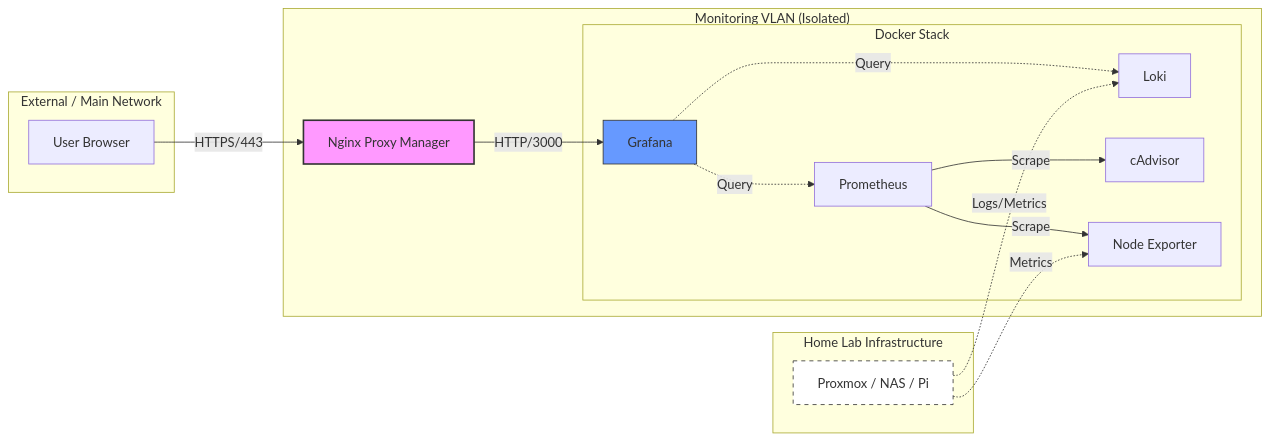
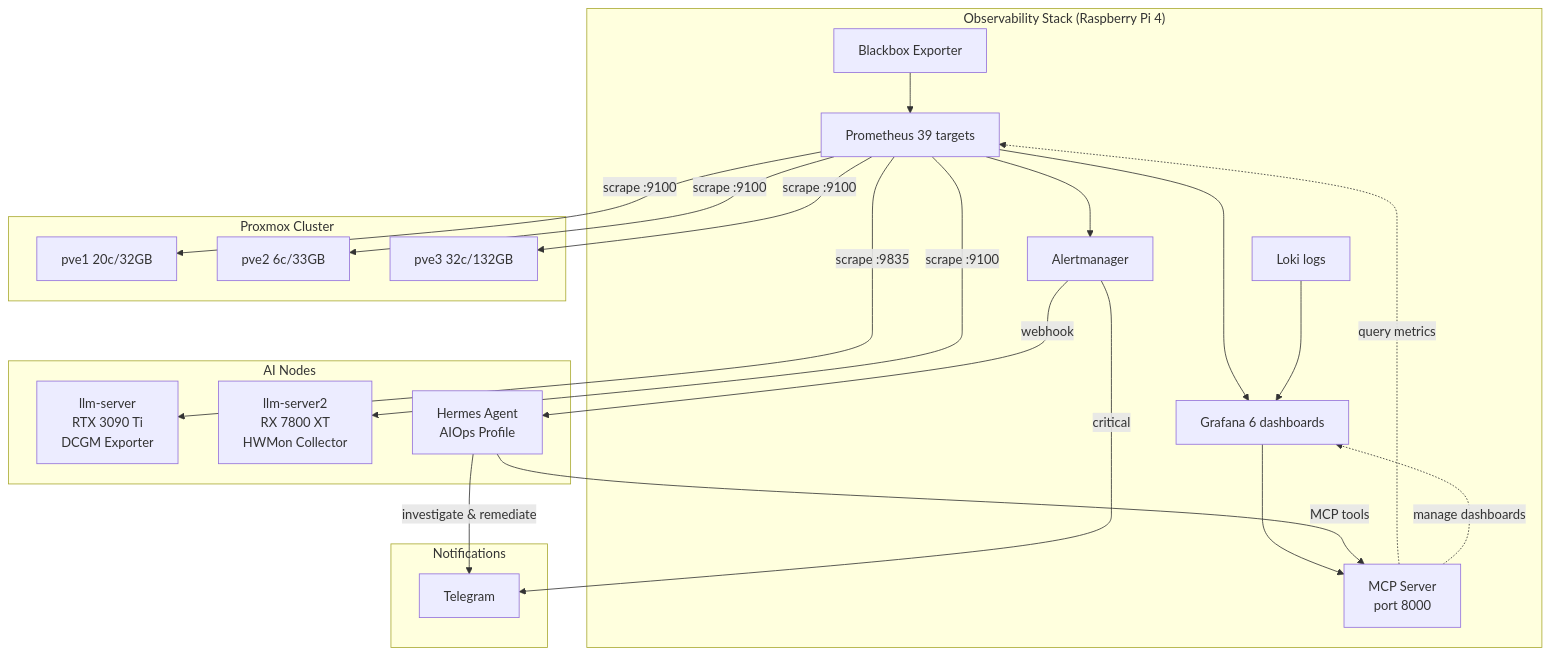
The diagram in README.md (nicolasnkGH/monitoring-stack), drawn with Mermaid before and after one commit. The commit also changed other lines of this file and 3 other files, not shown here.

First line of the commit message:
feat: add Grafana MCP server, per-node detail dashboard, alerting overhaul, AIOps integration

````diff
--- a/README.md
+++ b/README.md
@@ -19,41 +29,47 @@
 ```mermaid
-graph LR
-    subgraph "External / Main Network"
-        User[User Browser]
+graph TB
+    subgraph "Observability Stack (Raspberry Pi 4)"
+        Prom[Prometheus 39 targets]
+        Graf[Grafana 6 dashboards]
+        Loki[Loki logs]
+        Alert[Alertmanager]
+        BlackEx[Blackbox Exporter]
+        MCPSrv[MCP Server<br/>port 8000]
+        
+        Prom --> Graf
+        Prom --> Alert
+        BlackEx --> Prom
+        Loki --> Graf
+        Graf --> MCPSrv
     end
 
-    subgraph "Monitoring VLAN (Isolated)"
-        NPM[Nginx Proxy Manager]
-        
-        subgraph "Docker Stack"
-            Grafana[Grafana]
-            Prom[Prometheus]
-            Loki[Loki]
-            cAdvisor[cAdvisor]
-            NodeExp[Node Exporter]
-        end
+    subgraph "AI Nodes"
+        LLM1[llm-server<br/>RTX 3090 Ti<br/>DCGM Exporter]
+        LLM2[llm-server2<br/>RX 7800 XT<br/>HWMon Collector]
+        Hermes[Hermes Agent<br/>AIOps Profile]
     end
 
-    subgraph "Home Lab Infrastructure"
-        Servers[Proxmox / NAS / Pi]
+    subgraph "Proxmox Cluster"
+        PVE1[pve1 20c/32GB]
+        PVE2[pve2 6c/33GB]
+        PVE3[pve3 32c/132GB]
     end
 
-    %% Access Flow
-    User -->|HTTPS/443| NPM
-    NPM -->|HTTP/3000| Grafana
+    subgraph "Notifications"
+        TG[Telegram]
+    end
 
-    %% Data Query Flow
-    Grafana -.->|Query| Prom
-    Grafana -.->|Query| Loki
+    Prom -->|scrape :9100| PVE1
+    Prom -->|scrape :9100| PVE2
+    Prom -->|scrape :9100| PVE3
+    Prom -->|scrape :9835| LLM1
+    Prom -->|scrape :9100| LLM2
 
-    %% Collection & Production Flow
-    Prom -->|Scrape| cAdvisor
-    Prom -->|Scrape| NodeExp
-    Servers -.->|Logs/Metrics| Loki
-    Servers -.->|Metrics| NodeExp
+    Alert -->|critical| TG
+    Alert -->|webhook| Hermes
+    Hermes -->|MCP tools| MCPSrv
+    Hermes -->|investigate & remediate| TG
     
-    %% Styling
-    style NPM fill:#f9f,stroke:#333,stroke-width:2px
-    style Grafana fill:#69f,stroke:#333
-    style Servers fill:#fff,stroke:#333,stroke-dasharray: 5 5
+    MCPSrv -.->|query metrics| Prom
+    MCPSrv -.->|manage dashboards| Graf
 ```
````
